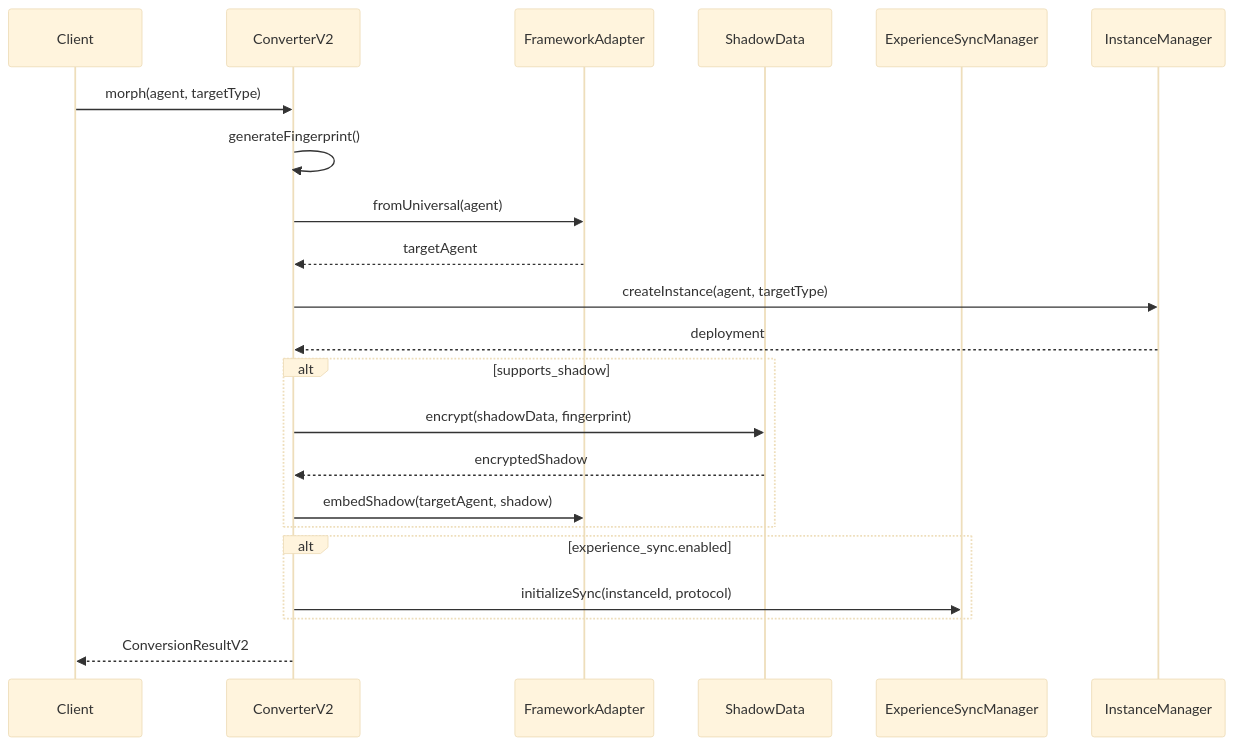
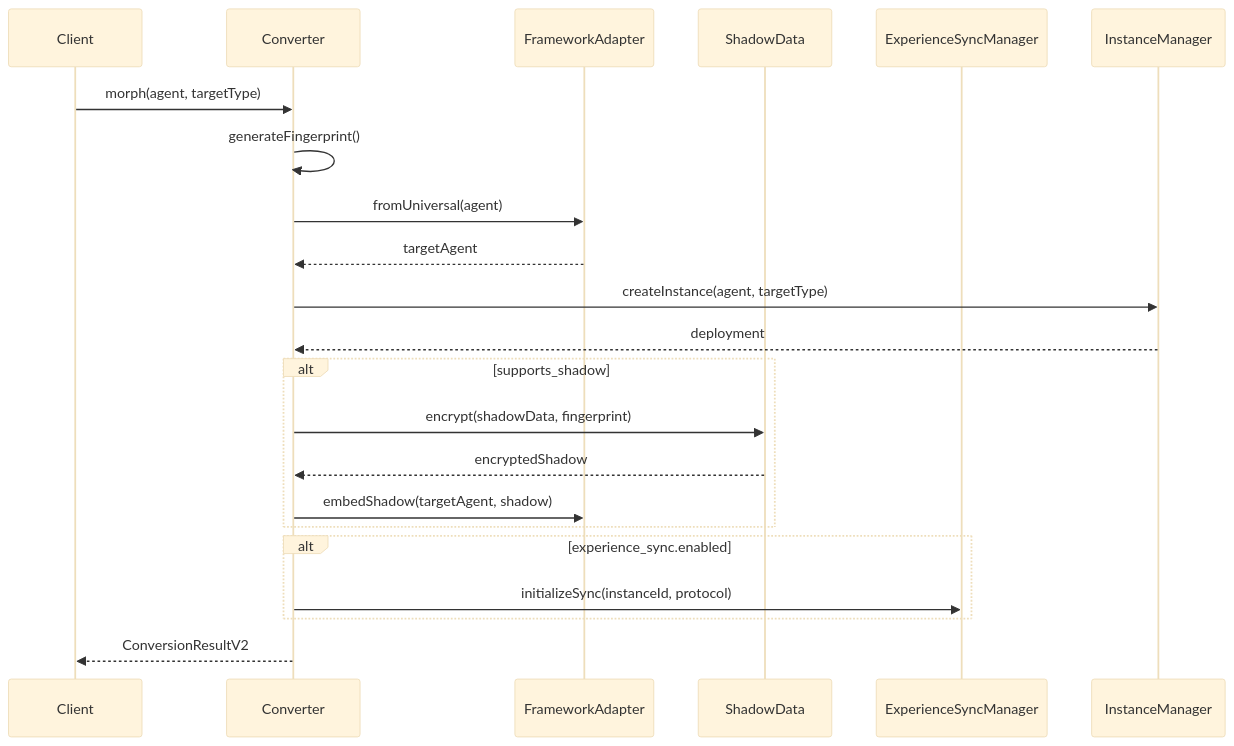
Diagram 18 of 25 in plans/CHRYSALIS_COMPREHENSIVE_PATTERN_ANALYSIS.md (Replicant-Partners/Chrysalis), drawn with Mermaid (base theme) before and after one commit. The commit also changed other lines of this file and 506 other files, not shown here.

````diff
--- a/plans/CHRYSALIS_COMPREHENSIVE_PATTERN_ANALYSIS.md
+++ b/plans/CHRYSALIS_COMPREHENSIVE_PATTERN_ANALYSIS.md
@@ -967,29 +967,29 @@
 ```mermaid
 sequenceDiagram
     participant Client
-    participant Converter as ConverterV2
+    participant Converter as Converter
     participant Adapter as FrameworkAdapter
     participant Shadow as ShadowData
     participant Sync as ExperienceSyncManager
     participant Instance as InstanceManager
 
     Client->>Converter: morph(agent, targetType)
     Converter->>Converter: generateFingerprint()
     Converter->>Adapter: fromUniversal(agent)
     Adapter-->>Converter: targetAgent
 
     Converter->>Instance: createInstance(agent, targetType)
     Instance-->>Converter: deployment
 
     alt supports_shadow
         Converter->>Shadow: encrypt(shadowData, fingerprint)
         Shadow-->>Converter: encryptedShadow
         Converter->>Adapter: embedShadow(targetAgent, shadow)
     end
 
     alt experience_sync.enabled
         Converter->>Sync: initializeSync(instanceId, protocol)
     end
 
     Converter-->>Client: ConversionResultV2
 ```
````
